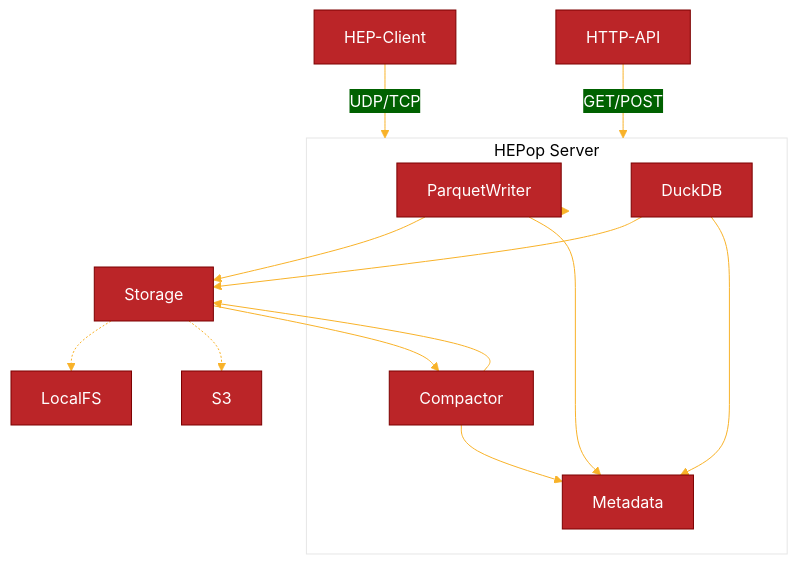
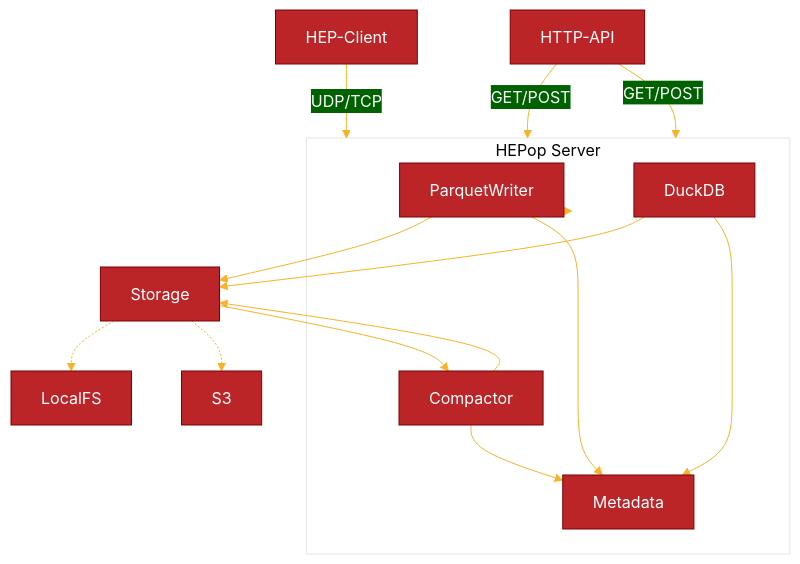
Before and after one commit to sipcapture/HEPop: the diagram in README.md, drawn with Mermaid. The commit also changed other lines of this file and 1 other file, not shown here.

````diff
--- a/README.md
+++ b/README.md
@@ -22,37 +22,38 @@
 ```mermaid
 %%{
   init: {
     'theme': 'base',
     'themeVariables': {
       'primaryColor': '#BB2528',
       'primaryTextColor': '#fff',
       'primaryBorderColor': '#7C0000',
       'lineColor': '#F8B229',
       'secondaryColor': '#006100',
       'tertiaryColor': '#fff'
     }
   }
 }%%
 
   graph TD;
       HEP-Client-- UDP/TCP -->HEPop;
       HEPop-->ParquetWriter;
       ParquetWriter-->Storage;
       ParquetWriter-->Metadata;
       Storage-->Compactor;
       Compactor-->Storage;
       Compactor-->Metadata;
       Storage-.->LocalFS;
       Storage-.->S3;
       HTTP-API-- GET/POST --> HEPop;
+      HTTP-API-- GET/POST --> HEPop;
       DuckDB-->Storage;
       DuckDB-->Metadata;
 
       subgraph HEPop[HEPop Server]
         ParquetWriter
         Compactor
         Metadata;
         DuckDB;
       end
 
 ```
````
